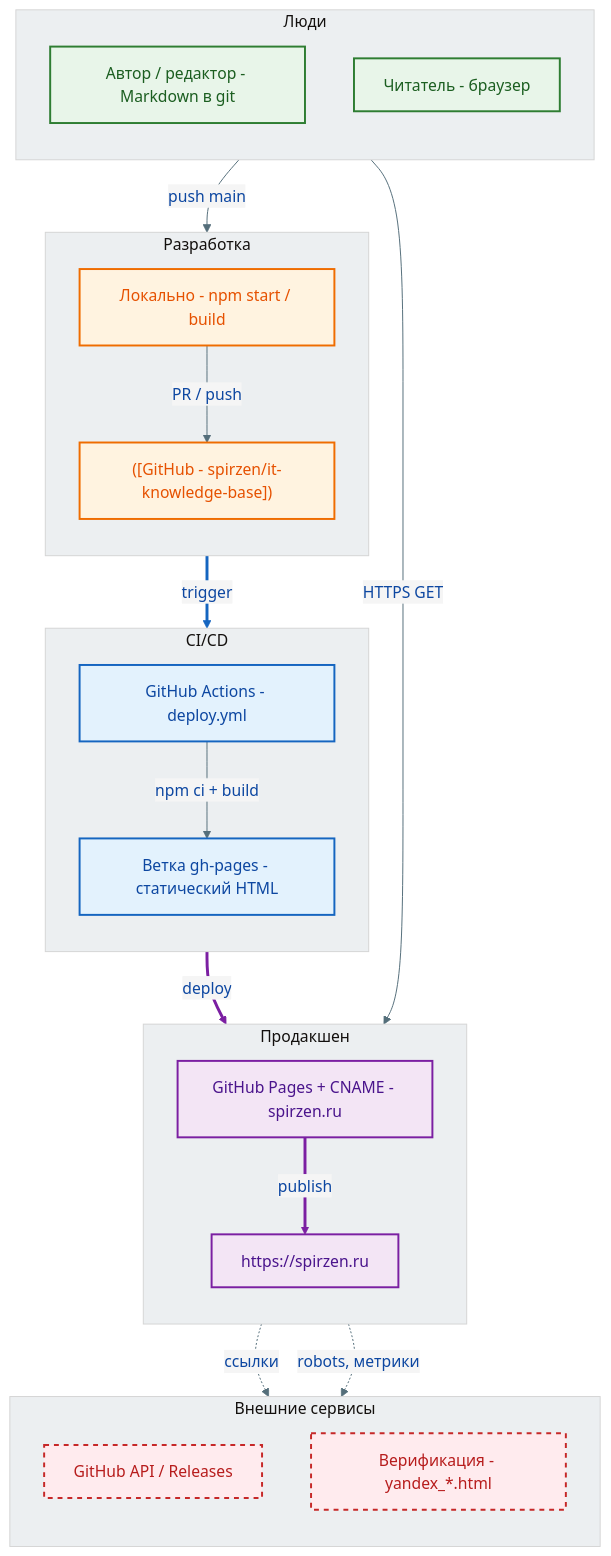
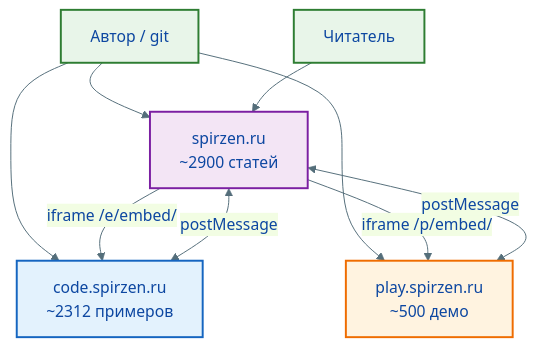
The first of 2 diagrams in docs/about/project.md (Spirzen/it-knowledge-base), drawn with Mermaid before and after one commit. The commit also changed other lines of this file and 2876 other files, not shown here.

Commit message:
New architecture

````diff
--- a/docs/about/project.md
+++ b/docs/about/project.md
@@ -181,53 +192,25 @@
 ```mermaid
-%%{init: {'theme':'base','themeVariables':{'primaryColor':'#e3f2fd','primaryTextColor':'#0d47a1','primaryBorderColor':'#1565c0','lineColor':'#546e7a','secondaryColor':'#f5f5f5','tertiaryColor':'#eceff1'}}}%%
+%%{init: {'theme':'base','themeVariables':{'primaryColor':'#e3f2fd','primaryTextColor':'#0d47a1','primaryBorderColor':'#1565c0','lineColor':'#546e7a'}}}%%
 
-flowchart TD
-  classDef human fill:#e8f5e9,stroke:#2e7d32,stroke-width:2px,color:#1b5e20
-  classDef repo fill:#fff3e0,stroke:#ef6c00,stroke-width:2px,color:#e65100
-  classDef ci fill:#e3f2fd,stroke:#1565c0,stroke-width:2px,color:#0d47a1
-  classDef prod fill:#f3e5f5,stroke:#7b1fa2,stroke-width:2px,color:#4a148c
-  classDef external fill:#ffebee,stroke:#c62828,stroke-width:2px,color:#b71c1c,stroke-dasharray:5 5
+flowchart TB
+  classDef kb fill:#f3e5f5,stroke:#7b1fa2,stroke-width:2px
+  classDef code fill:#e3f2fd,stroke:#1565c0,stroke-width:2px
+  classDef play fill:#fff3e0,stroke:#ef6c00,stroke-width:2px
+  classDef human fill:#e8f5e9,stroke:#2e7d32,stroke-width:2px
 
-  subgraph people ["Люди"]
-    direction TB
-    Author["Автор / редактор - Markdown в git"]:::human
-    Reader["Читатель - браузер"]:::human
-  end
+  Reader["Читатель"]:::human
+  Author["Автор / git"]:::human
 
-  subgraph dev ["Разработка"]
-    direction TB
-    Repo["([GitHub - spirzen/it-knowledge-base])"]:::repo
-    Local["Локально - npm start / build"]:::repo
-  end
+  KB["spirzen.ru<br/>~2900 статей"]:::kb
+  CODE["code.spirzen.ru<br/>~2312 примеров"]:::code
+  PLAY["play.spirzen.ru<br/>~500 демо"]:::play
 
-  subgraph ci ["CI/CD"]
-    direction TB
-    GHA["GitHub Actions - deploy.yml"]:::ci
-    GHPages["Ветка gh-pages - статический HTML"]:::ci
-  end
-
-  subgraph prod ["Продакшен"]
-    direction TB
-    CDN["GitHub Pages + CNAME - spirzen.ru"]:::prod
-    Site["https://spirzen.ru"]:::prod
-  end
-
-  subgraph external ["Внешние сервисы"]
-    direction TB
-    GH["GitHub API / Releases"]:::external
-    Yandex["Верификация - yandex_*.html"]:::external
-  end
-
-  Author -->|"push main"| Repo
-  Local -->|"PR / push"| Repo
-  Repo ==>|"trigger"| GHA
-  GHA -->|"npm ci + build"| GHPages
-  GHPages ==>|"deploy"| CDN
-  CDN -->|"publish"| Site
-  Reader -->|"HTTPS GET"| Site
-  Site -.->|"ссылки"| GH
-  Site -.->|"robots, метрики"| Yandex
-
-  linkStyle 4,5 stroke:#7b1fa2,stroke-width:3px
-  linkStyle 2 stroke:#1565c0,stroke-width:3px
+  Author --> KB
+  Author --> CODE
+  Author --> PLAY
+  Reader --> KB
+  KB -->|"iframe /e/embed/"| CODE
+  KB -->|"iframe /p/embed/"| PLAY
+  KB <-->|"postMessage"| CODE
+  KB <-->|"postMessage"| PLAY
 ```
````
